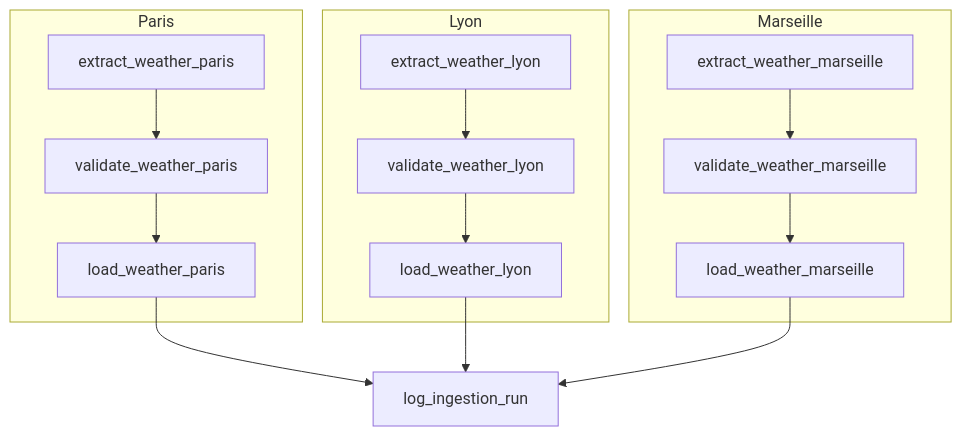
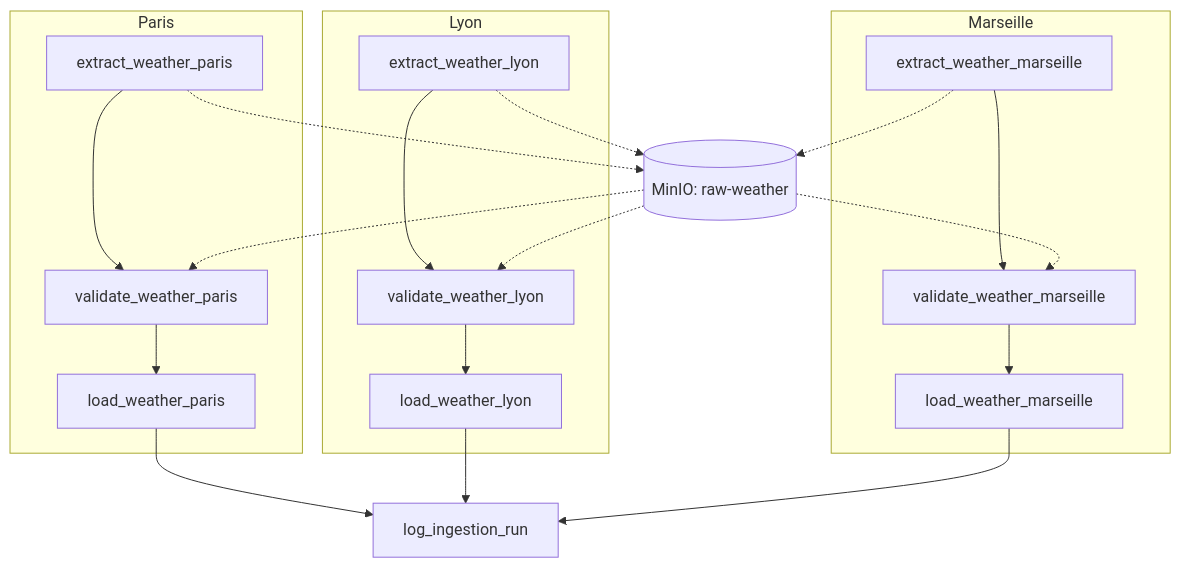
The diagram in tp2_explications.md (NassAbd/ipssi-tp2-airflow), drawn with Mermaid before and after one commit. The commit also changed other lines of this file and 6 other files, not shown here.

````diff
--- a/tp2_explications.md
+++ b/tp2_explications.md
@@ -7,16 +7,24 @@
 ```mermaid
 graph TD
     subgraph Paris
         extract_paris[extract_weather_paris] --> validate_paris[validate_weather_paris] --> load_paris[load_weather_paris]
     end
     subgraph Lyon
         extract_lyon[extract_weather_lyon] --> validate_lyon[validate_weather_lyon] --> load_lyon[load_weather_lyon]
     end
     subgraph Marseille
         extract_marseille[extract_weather_marseille] --> validate_marseille[validate_weather_marseille] --> load_marseille[load_weather_marseille]
     end
 
+    extract_paris -.-> minio[(MinIO: raw-weather)]
+    extract_lyon -.-> minio
+    extract_marseille -.-> minio
+
+    minio -.-> validate_paris
+    minio -.-> validate_lyon
+    minio -.-> validate_marseille
+
     load_paris --> log_ingestion_run[log_ingestion_run]
     load_lyon --> log_ingestion_run
     load_marseille --> log_ingestion_run
 ```
````
